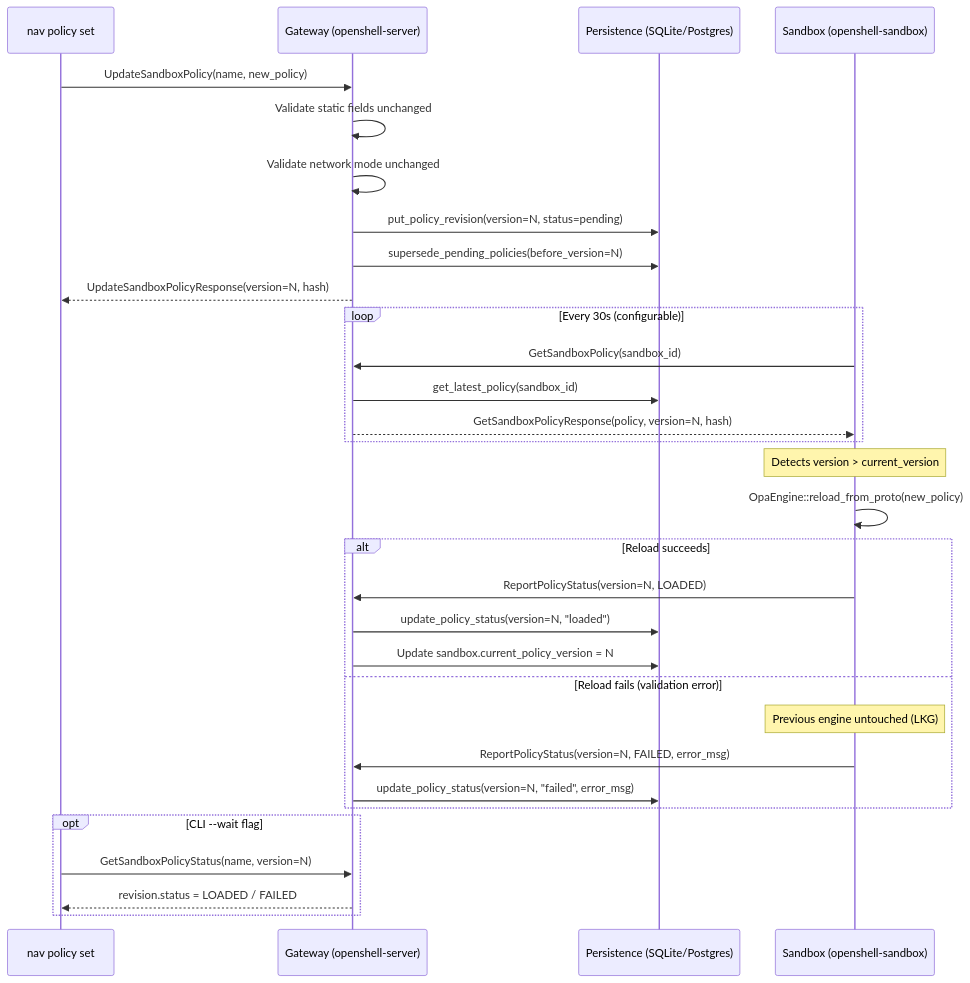
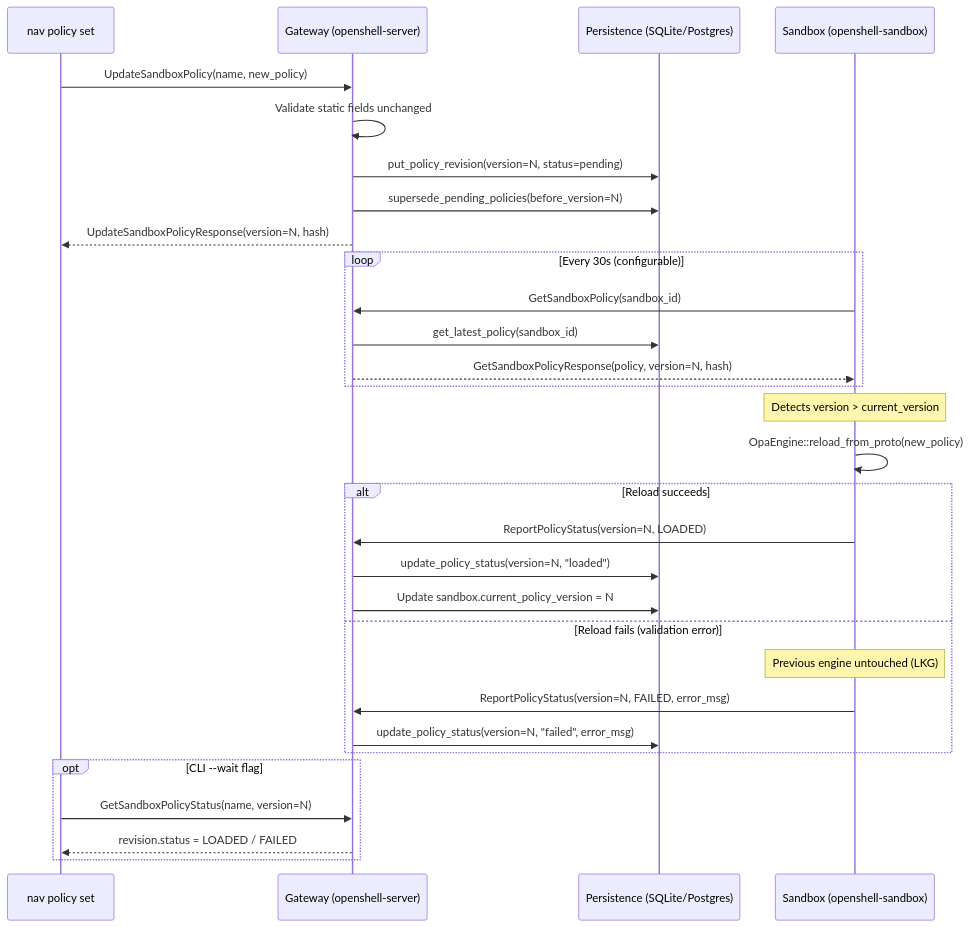
One commit to st-gr/OpenShell changed the second of 6 diagrams in architecture/security-policy.md. Above: the diagram before and after it, drawn with Mermaid. The commit also changed other lines of this file and 3 other files, not shown here.

````diff
--- a/architecture/security-policy.md
+++ b/architecture/security-policy.md
@@ -104,38 +101,37 @@
 ```mermaid
 sequenceDiagram
     participant CLI as nav policy set
     participant GW as Gateway (openshell-server)
     participant DB as Persistence (SQLite/Postgres)
     participant SB as Sandbox (openshell-sandbox)
 
     CLI->>GW: UpdateSandboxPolicy(name, new_policy)
     GW->>GW: Validate static fields unchanged
-    GW->>GW: Validate network mode unchanged
     GW->>DB: put_policy_revision(version=N, status=pending)
     GW->>DB: supersede_pending_policies(before_version=N)
     GW-->>CLI: UpdateSandboxPolicyResponse(version=N, hash)
 
     loop Every 30s (configurable)
         SB->>GW: GetSandboxPolicy(sandbox_id)
         GW->>DB: get_latest_policy(sandbox_id)
         GW-->>SB: GetSandboxPolicyResponse(policy, version=N, hash)
     end
 
     Note over SB: Detects version > current_version
     SB->>SB: OpaEngine::reload_from_proto(new_policy)
 
     alt Reload succeeds
         SB->>GW: ReportPolicyStatus(version=N, LOADED)
         GW->>DB: update_policy_status(version=N, "loaded")
         GW->>DB: Update sandbox.current_policy_version = N
     else Reload fails (validation error)
         Note over SB: Previous engine untouched (LKG)
         SB->>GW: ReportPolicyStatus(version=N, FAILED, error_msg)
         GW->>DB: update_policy_status(version=N, "failed", error_msg)
     end
 
     opt CLI --wait flag
         CLI->>GW: GetSandboxPolicyStatus(name, version=N)
         GW-->>CLI: revision.status = LOADED / FAILED
     end
 ```
````
